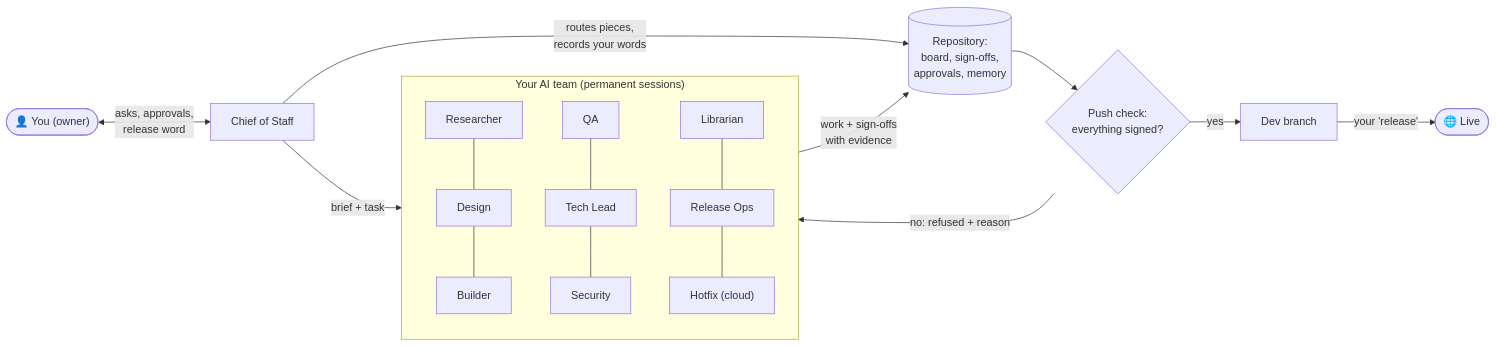
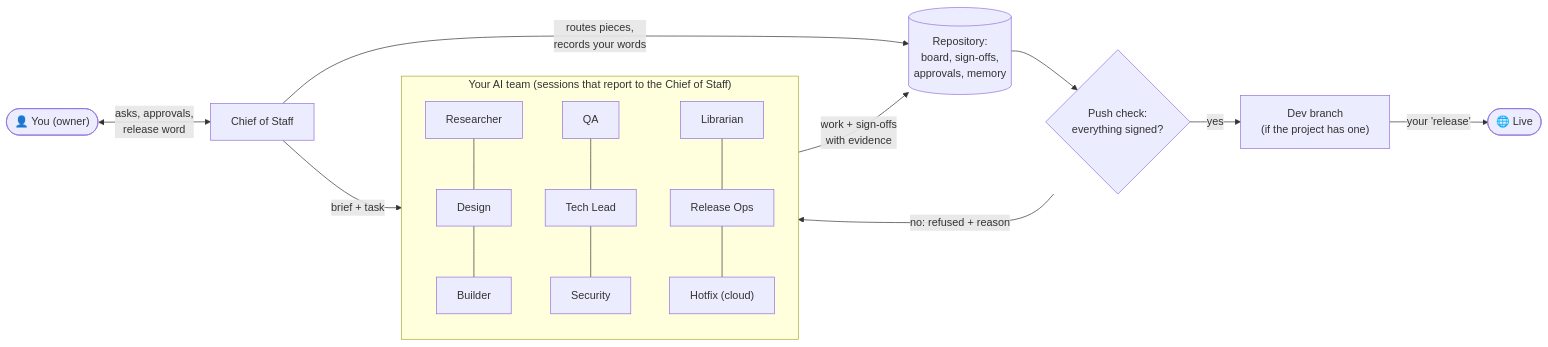
One commit to AnfalHaider/Bootstrap-environment changed the first of 6 diagrams in README.md. Above: the diagram before and after it, drawn with Mermaid. The commit also changed other lines of this file and 38 other files, not shown here.

First line of the commit message:
0.6.0: one contact, optional sessions, your branches, recorded yes for flow and kit changes

````diff
--- a/README.md
+++ b/README.md
@@ -93,17 +96,17 @@
 ```mermaid
 flowchart LR
   OWNER(["👤 You (owner)"]) <-->|"asks, approvals,<br/>release word"| COS["Chief of Staff"]
   COS -->|"brief + task"| TEAM
-  subgraph TEAM["Your AI team (permanent sessions)"]
+  subgraph TEAM["Your AI team (sessions that report to the Chief of Staff)"]
     direction TB
     RES["Researcher"] --- DES["Design"] --- BLD["Builder"]
     QA["QA"] --- TL["Tech Lead"] --- SEC["Security"]
     LIB["Librarian"] --- REL["Release Ops"] --- HOT["Hotfix (cloud)"]
   end
   TEAM -->|"work + sign-offs<br/>with evidence"| REPO[("Repository:<br/>board, sign-offs,<br/>approvals, memory")]
   COS -->|"routes pieces,<br/>records your words"| REPO
   REPO --> CHECK{"Push check:<br/>everything signed?"}
   CHECK -->|"no: refused + reason"| TEAM
-  CHECK -->|"yes"| DEV["Dev branch"]
+  CHECK -->|"yes"| DEV["Dev branch<br/>(if the project has one)"]
   DEV -->|"your 'release'"| LIVE(["🌐 Live"])
 ```
````
